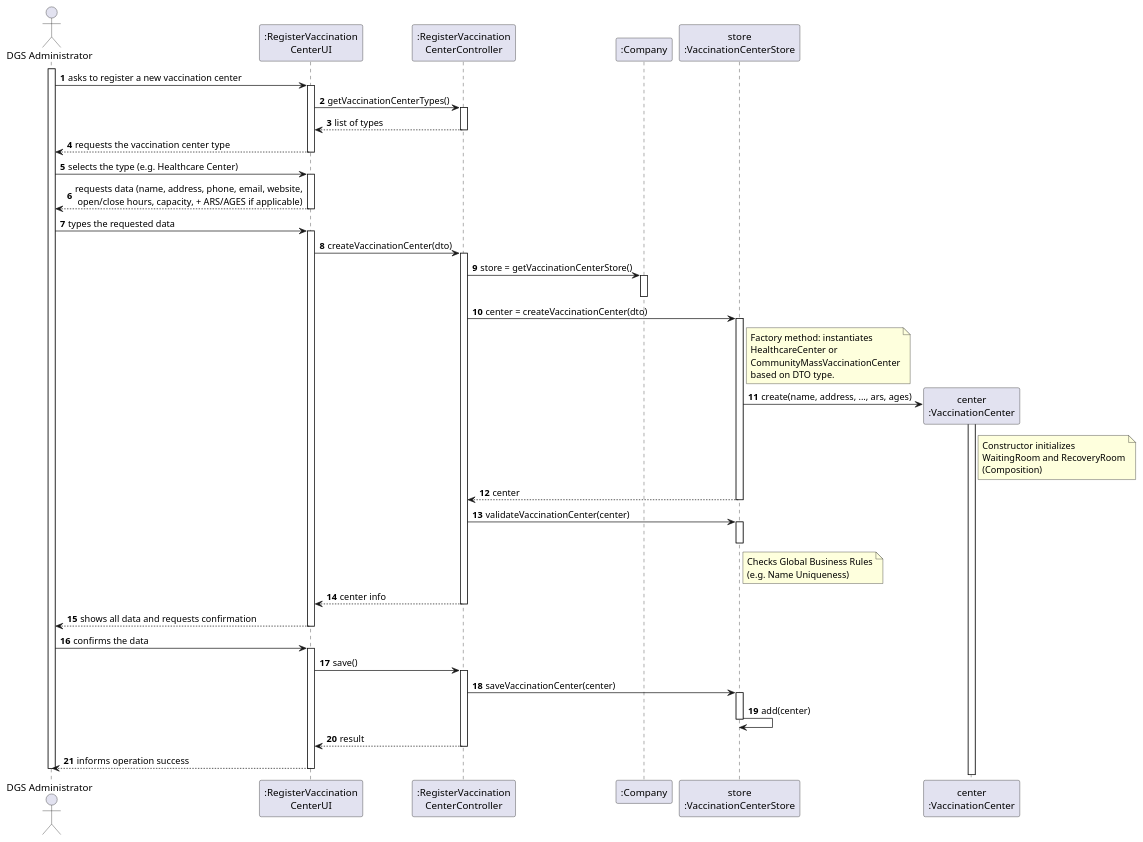
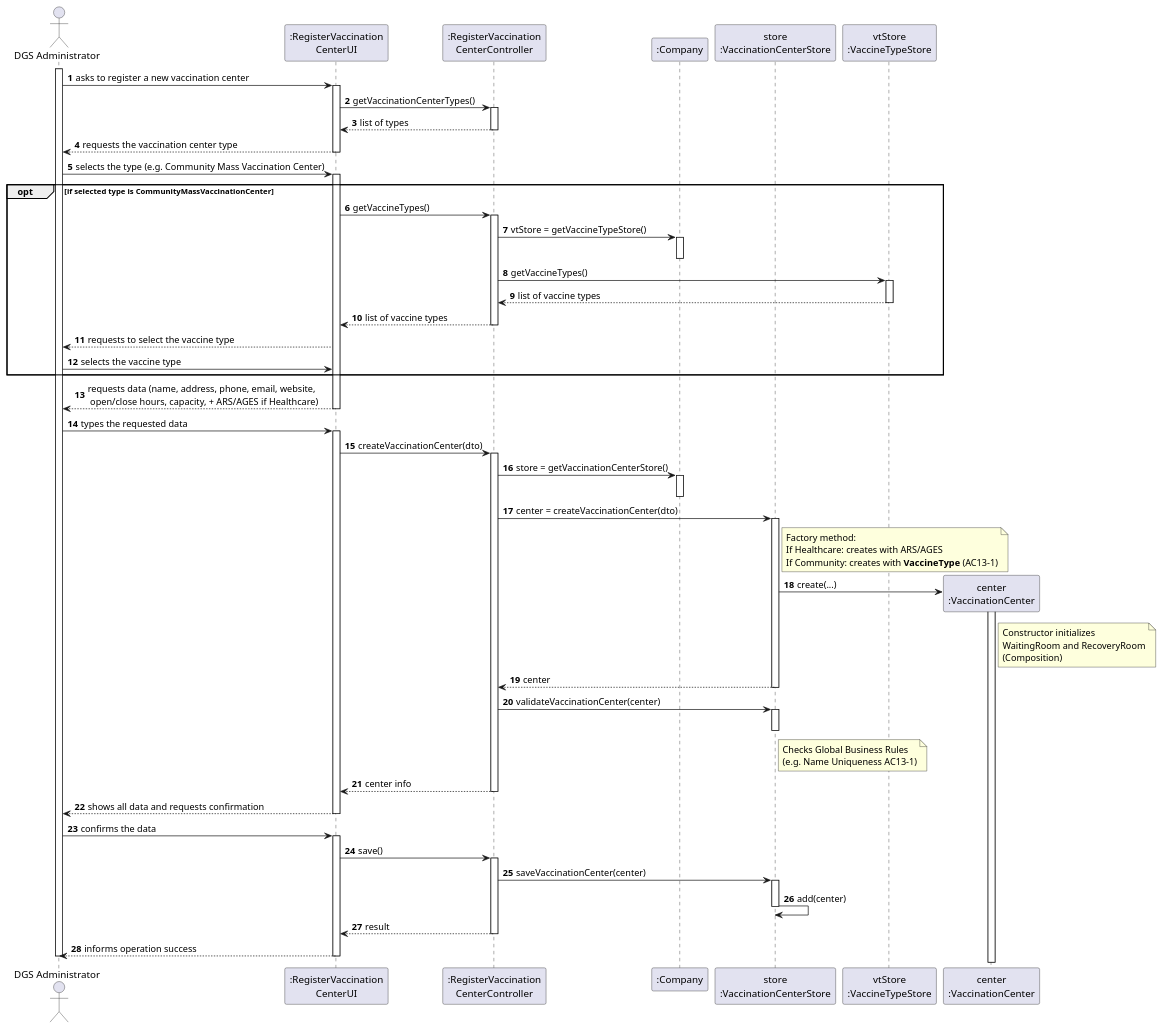
One commit to afonso51111/leti-esoft-25-26-A33 changed the diagram in project-template/docs/sprint3/US13/puml/US13-SD.puml. Above: the diagram before and after it, drawn with PlantUML. The commit also changed 61 other files, not shown here.

```diff
--- a/project-template/docs/sprint3/US13/puml/US13-SD.puml
+++ b/project-template/docs/sprint3/US13/puml/US13-SD.puml
@@ -1,93 +1,111 @@
 @startuml
 autonumber
 actor "DGS Administrator" as Admin
 participant ":RegisterVaccination\nCenterUI" as UI
 participant ":RegisterVaccination\nCenterController" as CTRL
 participant ":Company" as CMP
 participant "store\n:VaccinationCenterStore" as STORE
+participant "vtStore\n:VaccineTypeStore" as VTSTORE
 participant "center\n:VaccinationCenter" as CENTER
 
 activate Admin
 Admin -> UI : asks to register a new vaccination center
 activate UI
 
 UI -> CTRL : getVaccinationCenterTypes()
 activate CTRL
 CTRL --> UI : list of types
 deactivate CTRL
 
 UI --> Admin : requests the vaccination center type
 deactivate UI
 
-Admin -> UI : selects the type (e.g. Healthcare Center)
+Admin -> UI : selects the type (e.g. Community Mass Vaccination Center)
 activate UI
-UI --> Admin : requests data (name, address, phone, email, website,\n open/close hours, capacity, + ARS/AGES if applicable)
+
+opt if selected type is CommunityMassVaccinationCenter
+    UI -> CTRL : getVaccineTypes()
+    activate CTRL
+    CTRL -> CMP : vtStore = getVaccineTypeStore()
+    activate CMP
+    deactivate CMP
+    CTRL -> VTSTORE : getVaccineTypes()
+    activate VTSTORE
+    VTSTORE --> CTRL : list of vaccine types
+    deactivate VTSTORE
+    CTRL --> UI : list of vaccine types
+    deactivate CTRL
+
+    UI --> Admin : requests to select the vaccine type
+    Admin -> UI : selects the vaccine type
+end
+
+UI --> Admin : requests data (name, address, phone, email, website,\n open/close hours, capacity, + ARS/AGES if Healthcare)
 deactivate UI
 
 Admin -> UI : types the requested data
 activate UI
 
 UI -> CTRL : createVaccinationCenter(dto)
 activate CTRL
 
 CTRL -> CMP : store = getVaccinationCenterStore()
 activate CMP
 deactivate CMP
 
 CTRL -> STORE : center = createVaccinationCenter(dto)
 activate STORE
 
     note right of STORE
-        Factory method: instantiates
-        HealthcareCenter or
-        CommunityMassVaccinationCenter
-        based on DTO type.
+        Factory method:
+        If Healthcare: creates with ARS/AGES
+        If Community: creates with **VaccineType** (AC13-1)
     end note
 
     create CENTER
-    STORE -> CENTER : create(name, address, ..., ars, ages)
+    STORE -> CENTER : create(...)
 
     activate CENTER
         note right of CENTER
             Constructor initializes
             WaitingRoom and RecoveryRoom
             (Composition)
         end note
     deactivate CENTER
 
 STORE --> CTRL : center
 deactivate STORE
 
 CTRL -> STORE : validateVaccinationCenter(center)
 activate STORE
     note right of STORE
         Checks Global Business Rules
-        (e.g. Name Uniqueness)
+        (e.g. Name Uniqueness AC13-1)
     end note
 deactivate STORE
 
 CTRL --> UI : center info
 deactivate CTRL
 
 UI --> Admin : shows all data and requests confirmation
 deactivate UI
 
 Admin -> UI : confirms the data
 activate UI
 
 UI -> CTRL : save()
 activate CTRL
 
 CTRL -> STORE : saveVaccinationCenter(center)
 activate STORE
     STORE -> STORE : add(center)
 deactivate STORE
 
 CTRL --> UI : result
 deactivate CTRL
 
 UI --> Admin : informs operation success
 deactivate UI
 deactivate Admin
 
 @enduml
```
